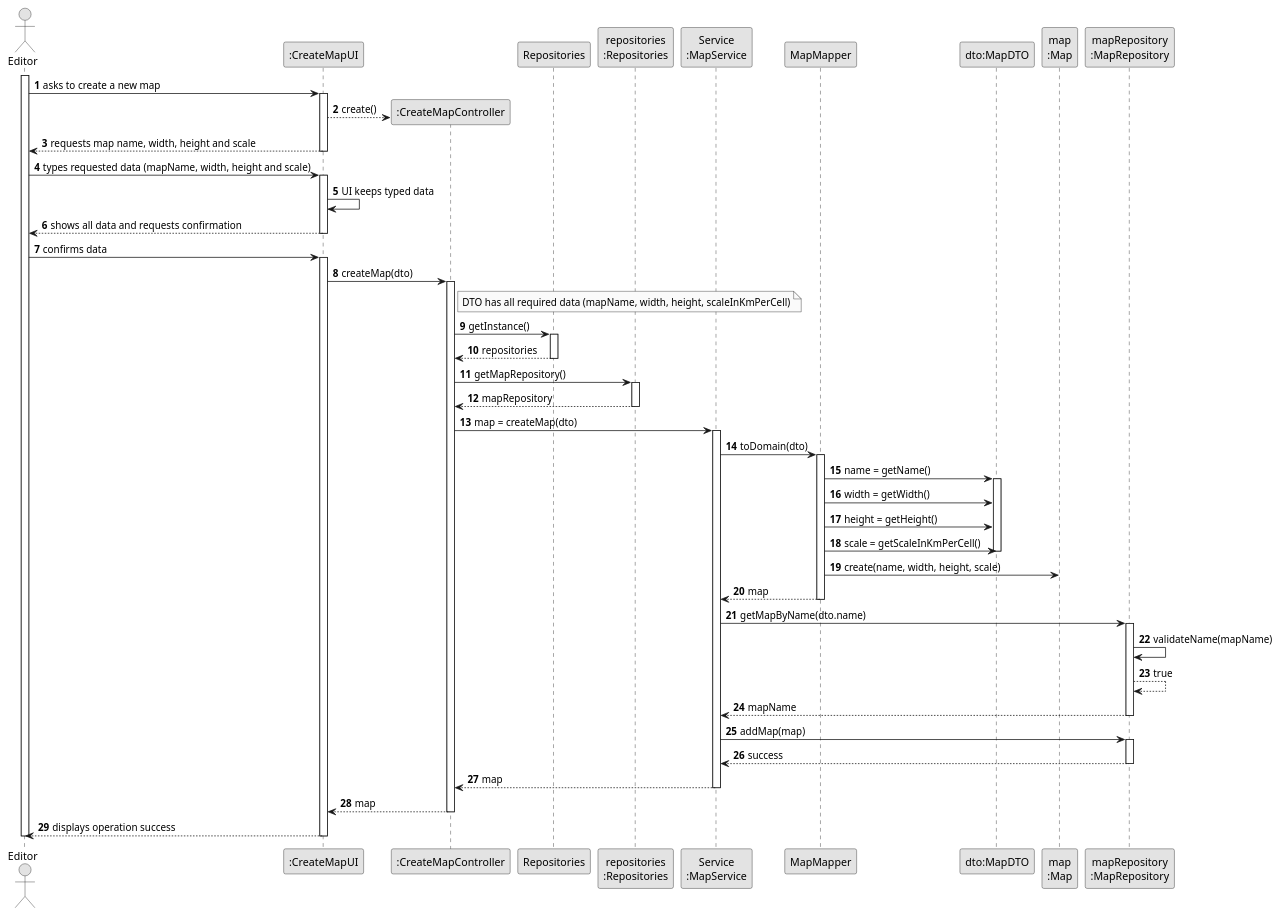
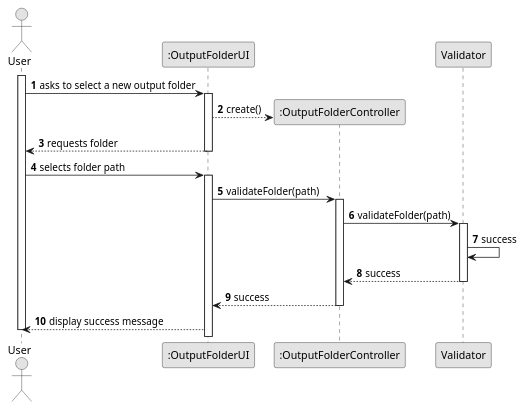
One commit to fAzeOl/TableGenerator changed the diagram in docs/system-documentation/US001/03.design/puml/US001-SD-full.puml. Above: the diagram before and after it, drawn with PlantUML. The commit also changed 14 other files, not shown here.

```diff
--- a/docs/system-documentation/US001/03.design/puml/US001-SD-full.puml
+++ b/docs/system-documentation/US001/03.design/puml/US001-SD-full.puml
@@ -1,92 +1,37 @@
 @startuml
 skinparam monochrome true
 skinparam packageStyle rectangle
 skinparam shadowing false
 
 autonumber
 
-actor "Editor" as EDITOR
-participant ":CreateMapUI" as UI
-participant ":CreateMapController" as CTRL
-participant "Repositories" as REPOS
-participant "repositories\n:Repositories" as REPOS_SINGLETON
-participant "Service\n:MapService" as SERVICE
-participant "MapMapper" as MAPPER
-participant "dto:MapDTO" as DTO
-participant "map\n:Map" as MAP
-participant "mapRepository\n:MapRepository" as MAP_REPO
-activate EDITOR
+actor "User" as USER
+participant ":OutputFolderUI" as UI
+participant ":OutputFolderController" as CTRL
+participant "Validator" as VLD
 
-    EDITOR -> UI : asks to create a new map
+activate USER
+
+    USER -> UI : asks to select a new output folder
     activate UI
         UI --> CTRL** : create()
         deactivate CTRL
 
-        UI --> EDITOR : requests map name, width, height and scale
+        UI --> USER : requests folder
     deactivate UI
 
-EDITOR -> UI : types requested data (mapName, width, height and scale)
+    USER -> UI : selects folder path
+    activate UI
+        UI -> CTRL : validateFolder(path)
+        activate CTRL
+            CTRL -> VLD : validateFolder(path)
+                activate VLD
+                    VLD -> VLD : success
+            VLD --> CTRL : success 
+            deactivate VLD 
+        CTRL --> UI : success           
+        deactivate CTRL
+    UI --> USER : display success message
+deactivate USER        
 
-activate UI
-    UI -> UI : UI keeps typed data
-    UI --> EDITOR : shows all data and requests confirmation
-deactivate UI
-
-EDITOR -> UI : confirms data
-activate UI
-    UI -> CTRL : createMap(dto)
-    note right of CTRL
-            DTO has all required data (mapName, width, height, scaleInKmPerCell)
-        end note
-    activate CTRL
-
-        CTRL -> REPOS : getInstance()
-        activate REPOS
-            REPOS --> CTRL : repositories
-        deactivate REPOS
-
-        CTRL -> REPOS_SINGLETON : getMapRepository()
-        activate REPOS_SINGLETON
-            REPOS_SINGLETON --> CTRL : mapRepository
-        deactivate REPOS_SINGLETON
-
-
-            CTRL -> SERVICE : map = createMap(dto)
-
-            activate SERVICE
-                SERVICE -> MAPPER : toDomain(dto)
-                activate MAPPER
-
-                    MAPPER -> DTO : name = getName()
-                    activate DTO
-                    MAPPER -> DTO : width = getWidth()
-                    MAPPER -> DTO : height = getHeight()
-                    MAPPER -> DTO : scale = getScaleInKmPerCell()
-                    deactivate DTO
-                    MAPPER -> MAP : create(name, width, height, scale)
-                    MAPPER --> SERVICE : map
-                deactivate MAPPER
-
-
-                SERVICE -> MAP_REPO : getMapByName(dto.name)
-                activate MAP_REPO
-                MAP_REPO -> MAP_REPO : validateName(mapName)
-                MAP_REPO --> MAP_REPO : true
-                MAP_REPO --> SERVICE : mapName
-                deactivate MAP_REPO
-
-                SERVICE -> MAP_REPO : addMap(map)
-                activate MAP_REPO
-                    MAP_REPO --> SERVICE : success
-                deactivate MAP_REPO
-                SERVICE --> CTRL : map
-            deactivate SERVICE
-
-        CTRL --> UI : map
-    deactivate CTRL
-
-    UI --> EDITOR : displays operation success
-deactivate UI
-
-deactivate EDITOR
 @enduml
```
